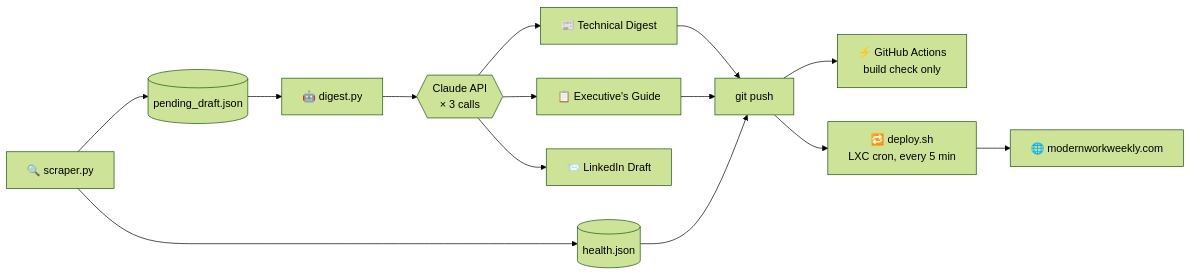
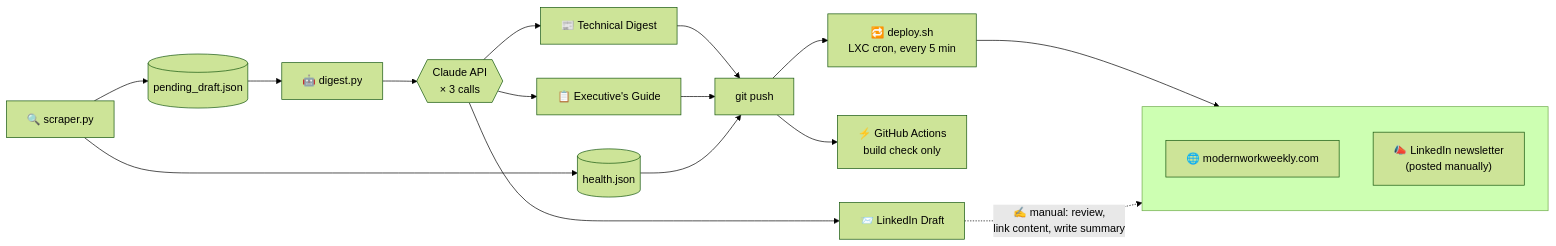
Before and after one commit to TwitchSTL/modern-work-weekly: the diagram in README.md, drawn with Mermaid (forest theme). The commit also changed other lines of this file, not shown here.

Commit message:
Add manual LinkedIn publishing step to How It Works diagram

````diff
--- a/README.md
+++ b/README.md
@@ -38,16 +38,24 @@
 ```mermaid
 flowchart LR
     A["🔍 scraper.py"] --> B[("pending_draft.json")]
     A --> C[("health.json")]
     B --> D["🤖 digest.py"]
     D --> E{{"Claude API\n× 3 calls"}}
     E --> F["📰 Technical Digest"]
     E --> G["📋 Executive's Guide"]
     E --> L["📨 LinkedIn Draft"]
     F --> H["git push"]
     G --> H
     C --> H
     H --> I["⚡ GitHub Actions\nbuild check only"]
     H --> K["🔁 deploy.sh\nLXC cron, every 5 min"]
-    K --> J["🌐 modernworkweekly.com"]
+
+    subgraph Published [" "]
+        direction TB
+        J["🌐 modernworkweekly.com"]
+        M["📣 LinkedIn newsletter\n(posted manually)"]
+    end
+
+    K --> J
+    L -.->|"✍️ manual: review,\nlink content, write summary"| M
 ```
````
